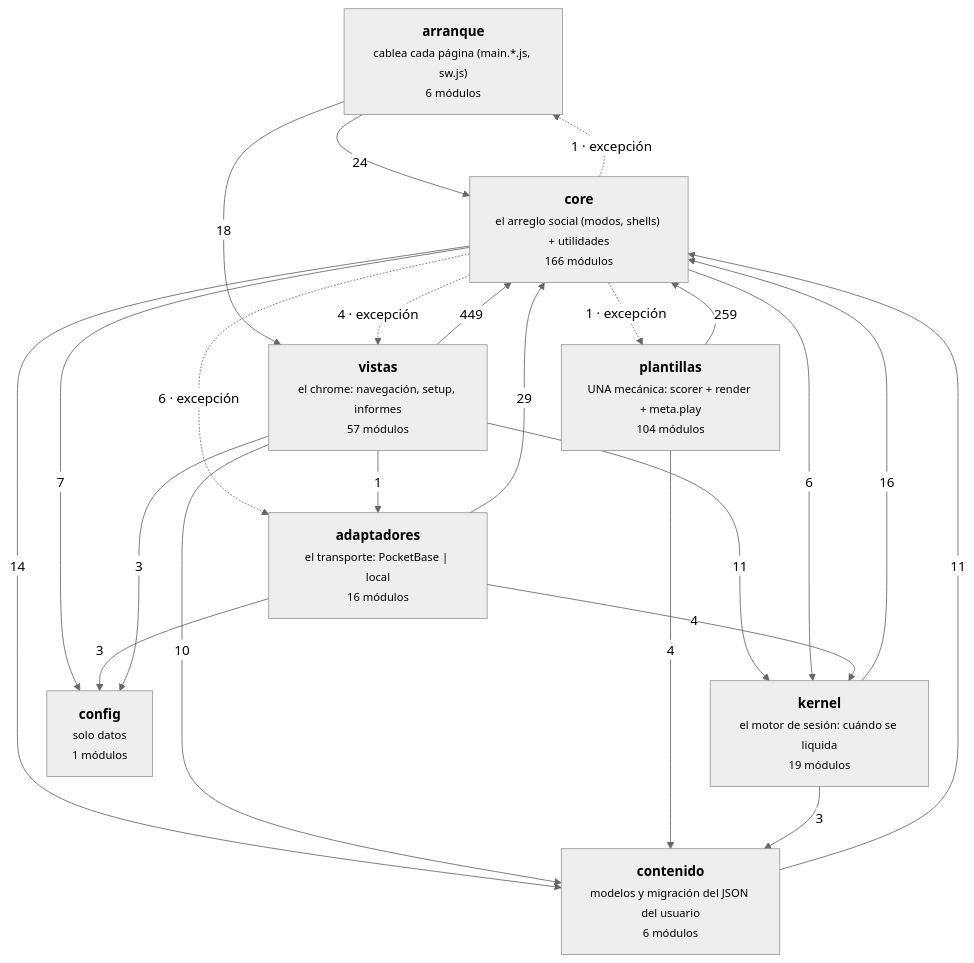
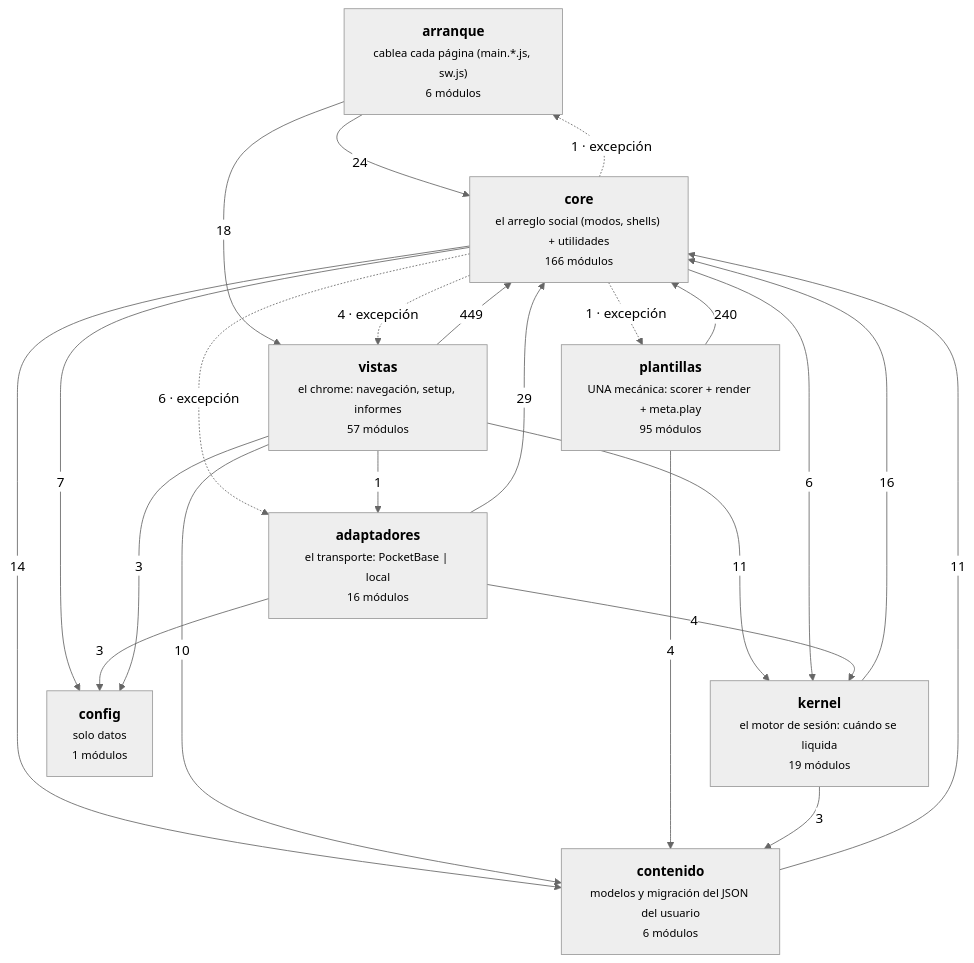
The diagram in docs/arquitectura-modulos.md (duecaz/ac), drawn with Mermaid (neutral theme) before and after one commit. The commit also changed other lines of this file and 91 other files, not shown here.

````diff
--- a/docs/arquitectura-modulos.md
+++ b/docs/arquitectura-modulos.md
@@ -56,33 +56,33 @@
 ```mermaid
 graph TD
   A["<b>arranque</b><br/><small>cablea cada página (main.*.js, sw.js)</small><br/><small>6 módulos</small>"]
   V["<b>vistas</b><br/><small>el chrome: navegación, setup, informes</small><br/><small>57 módulos</small>"]
   AD["<b>adaptadores</b><br/><small>el transporte: PocketBase | local</small><br/><small>16 módulos</small>"]
   C["<b>core</b><br/><small>el arreglo social (modos, shells) + utilidades</small><br/><small>166 módulos</small>"]
   K["<b>kernel</b><br/><small>el motor de sesión: cuándo se liquida</small><br/><small>19 módulos</small>"]
-  T["<b>plantillas</b><br/><small>UNA mecánica: scorer + render + meta.play</small><br/><small>104 módulos</small>"]
+  T["<b>plantillas</b><br/><small>UNA mecánica: scorer + render + meta.play</small><br/><small>95 módulos</small>"]
   CO["<b>contenido</b><br/><small>modelos y migración del JSON del usuario</small><br/><small>6 módulos</small>"]
   CF["<b>config</b><br/><small>solo datos</small><br/><small>1 módulos</small>"]
   V -->|449| C
-  T -->|259| C
+  T -->|240| C
   AD -->|29| C
   A -->|24| C
   A -->|18| V
   K -->|16| C
   C -->|14| CO
   CO -->|11| C
   V -->|11| K
   V -->|10| CO
   C -->|7| CF
   C -->|6| K
   C -.->|6 · excepción| AD
   AD -->|4| K
   C -.->|4 · excepción| V
   T -->|4| CO
   AD -->|3| CF
   K -->|3| CO
   V -->|3| CF
   C -.->|1 · excepción| T
   C -.->|1 · excepción| A
   V -->|1| AD
 ```
````
